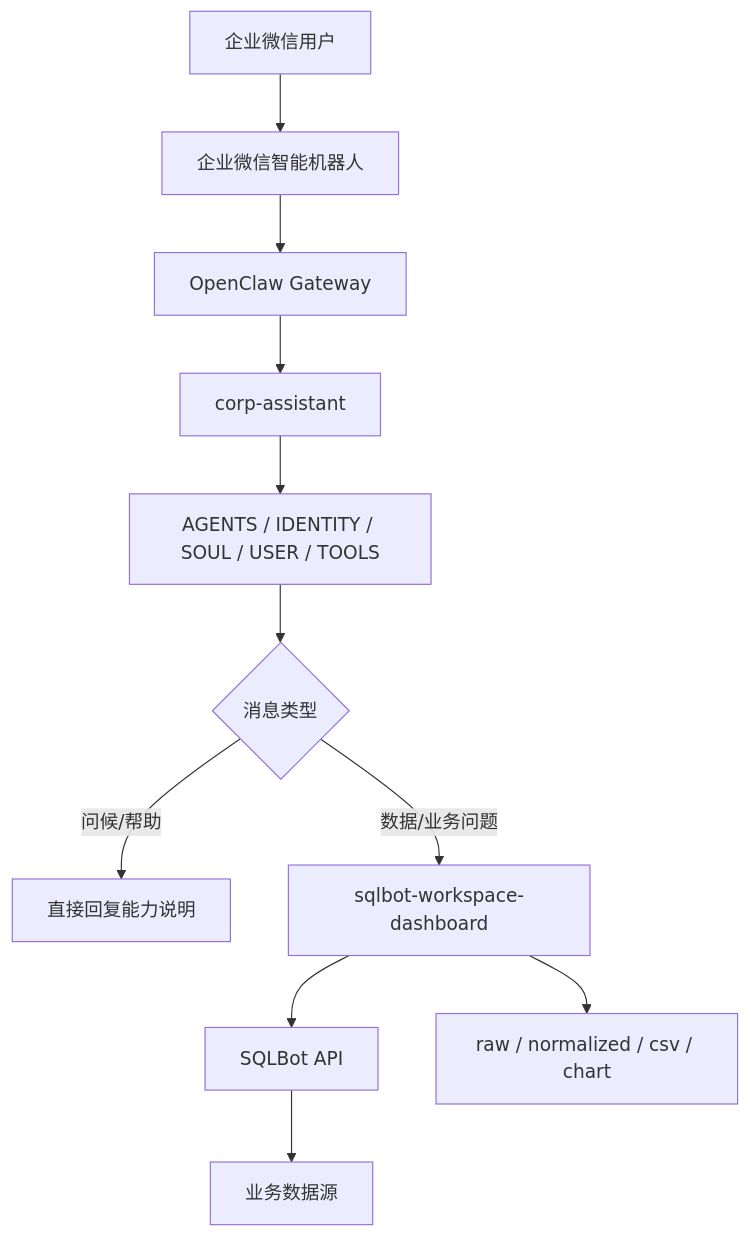
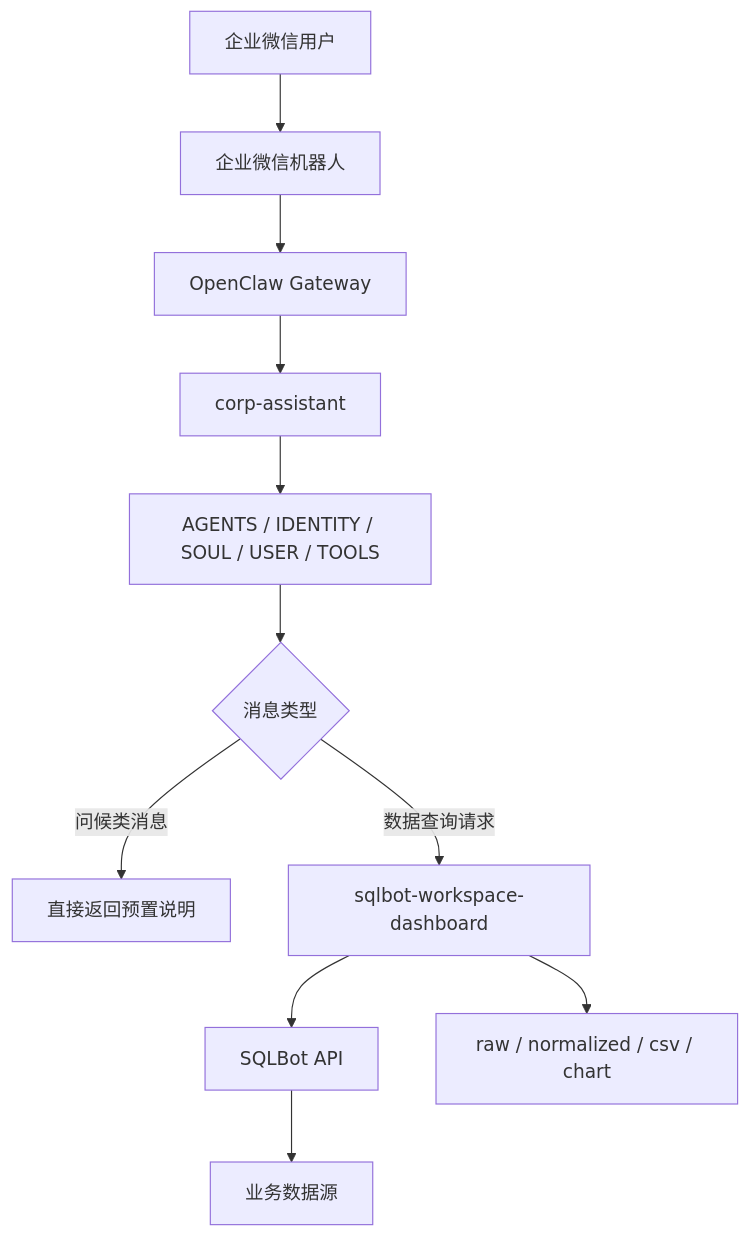
The diagram in readme.md (firo1603/WeCom_SQL_Assistant), drawn with Mermaid before and after one commit. The commit also changed other lines of this file, not shown here.

````diff
--- a/readme.md
+++ b/readme.md
@@ -61,13 +63,13 @@
 ```mermaid
 flowchart TD
-		User["企业微信用户"] --> WeCom["企业微信智能机器人"]
-		WeCom --> Gateway["OpenClaw Gateway"]
-		Gateway --> Corp["corp-assistant"]
-		Corp --> Prompt["AGENTS / IDENTITY / SOUL / USER / TOOLS"]
-		Prompt --> Route{"消息类型"}
-		Route -->|问候/帮助| Direct["直接回复能力说明"]
-		Route -->|数据/业务问题| Skill["sqlbot-workspace-dashboard"]
-		Skill --> SQLBot["SQLBot API"]
-		SQLBot --> DB["业务数据源"]
-		Skill --> Artifacts["raw / normalized / csv / chart"]
+    User["企业微信用户"] --> WeCom["企业微信机器人"]
+    WeCom --> Gateway["OpenClaw Gateway"]
+    Gateway --> Corp["corp-assistant"]
+    Corp --> Prompt["AGENTS / IDENTITY / SOUL / USER / TOOLS"]
+    Prompt --> Route{"消息类型"}
+  Route -->|问候类消息| Direct["直接返回预置说明"]
+    Route -->|数据查询请求| Skill["sqlbot-workspace-dashboard"]
+    Skill --> SQLBot["SQLBot API"]
+    SQLBot --> DB["业务数据源"]
+    Skill --> Artifacts["raw / normalized / csv / chart"]
 ```
````
